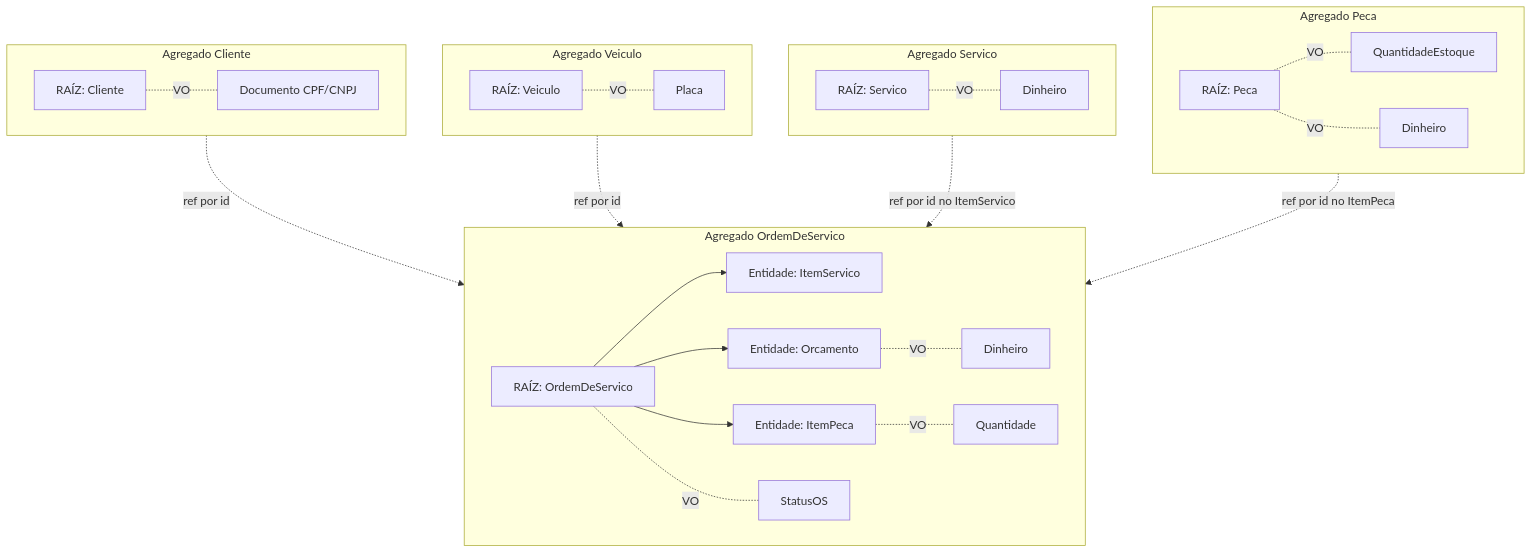
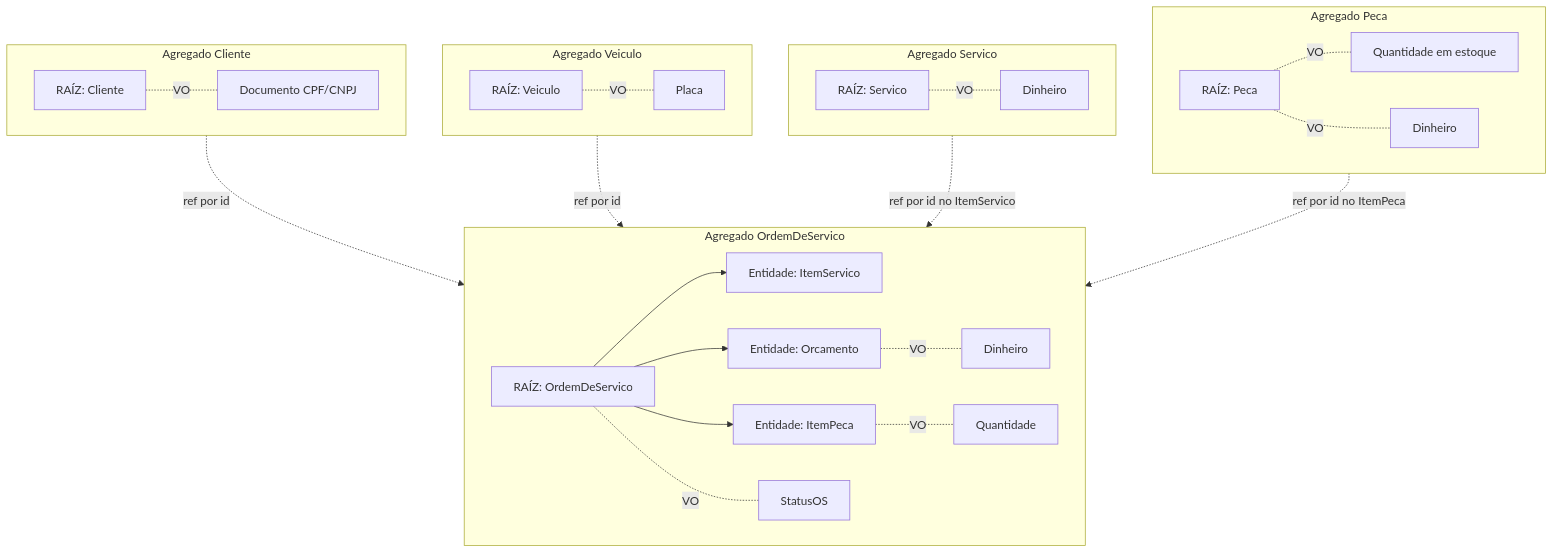
The third of 5 diagrams in docs/ddd/diagramas.md (RodrigoSiliunas/fiap-tech-challenge-ddd), drawn with Mermaid before and after one commit. The commit also changed other lines of this file and 11 other files, not shown here.

````diff
--- a/docs/ddd/diagramas.md
+++ b/docs/ddd/diagramas.md
@@ -67,36 +68,36 @@
 ```mermaid
 flowchart TB
   subgraph AgOS[Agregado OrdemDeServico]
     OS[RAÍZ: OrdemDeServico]
     IS[Entidade: ItemServico]
     IP[Entidade: ItemPeca]
     ORC[Entidade: Orcamento]
     OS --> IS
     OS --> IP
     OS --> ORC
     OS -. VO .- ST[StatusOS]
     ORC -. VO .- DIN[Dinheiro]
     IP -. VO .- QTD[Quantidade]
   end
   subgraph AgCli[Agregado Cliente]
     C[RAÍZ: Cliente]
     C -. VO .- DOC[Documento CPF/CNPJ]
   end
   subgraph AgVei[Agregado Veiculo]
     V[RAÍZ: Veiculo]
     V -. VO .- PL[Placa]
   end
   subgraph AgPeca[Agregado Peca]
     P[RAÍZ: Peca]
-    P -. VO .- QE[QuantidadeEstoque]
+    P -. VO .- QE[Quantidade em estoque]
     P -. VO .- PRECO[Dinheiro]
   end
   subgraph AgServ[Agregado Servico]
     S[RAÍZ: Servico]
     S -. VO .- PRECO2[Dinheiro]
   end
   AgCli -.->|ref por id| AgOS
   AgVei -.->|ref por id| AgOS
   AgServ -.->|ref por id no ItemServico| AgOS
   AgPeca -.->|ref por id no ItemPeca| AgOS
 ```
````
